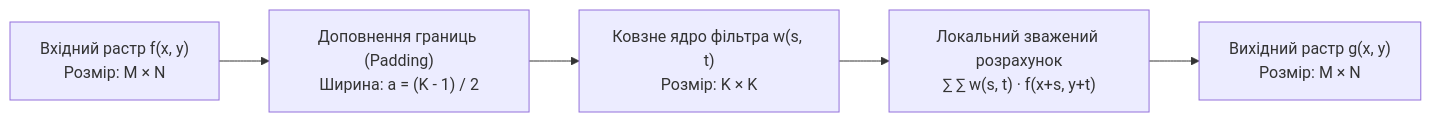
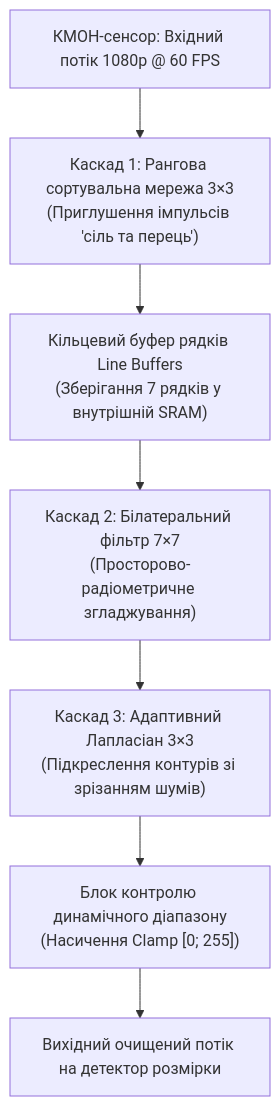
One commit to KyryloVadurin/signal-image-processing changed the fourth of 4 diagrams in docs/lk/lk7.md. Above: the diagram before and after it, drawn with Mermaid. The commit also changed other lines of this file, not shown here.

````diff
--- a/docs/lk/lk7.md
+++ b/docs/lk/lk7.md
@@ -23,7 +505,9 @@
 ```mermaid
-flowchart LR
-    A["Вхідний растр f(x, y)<br>Розмір: M × N"] --> B["Доповнення границь (Padding)<br>Ширина: a = (K - 1) / 2"]
-    B --> C["Ковзне ядро фільтра w(s, t)<br>Розмір: K × K"]
-    C --> D["Локальний зважений розрахунок<br>∑ ∑ w(s, t) · f(x+s, y+t)"]
-    D --> E["Вихідний растр g(x, y)<br>Розмір: M × N"]
+flowchart TD
+    A["КМОН-сенсор: Вхідний потік 1080p @ 60 FPS"] --> B["Каскад 1: Рангова сортувальна мережа 3×3<br>(Приглушення імпульсів 'сіль та перець')"]
+    B --> C["Кільцевий буфер рядків Line Buffers<br>(Зберігання 7 рядків у внутрішній SRAM)"]
+    C --> D["Каскад 2: Білатеральний фільтр 7×7<br>(Просторово-радіометричне згладжування)"]
+    D --> E["Каскад 3: Адаптивний Лапласіан 3×3<br>(Підкреслення контурів зі зрізанням шумів)"]
+    E --> F["Блок контролю динамічного діапазону<br>(Насичення Clamp [0; 255])"]
+    F --> G["Вихідний очищений потік на детектор розмірки"]
 ```
````
